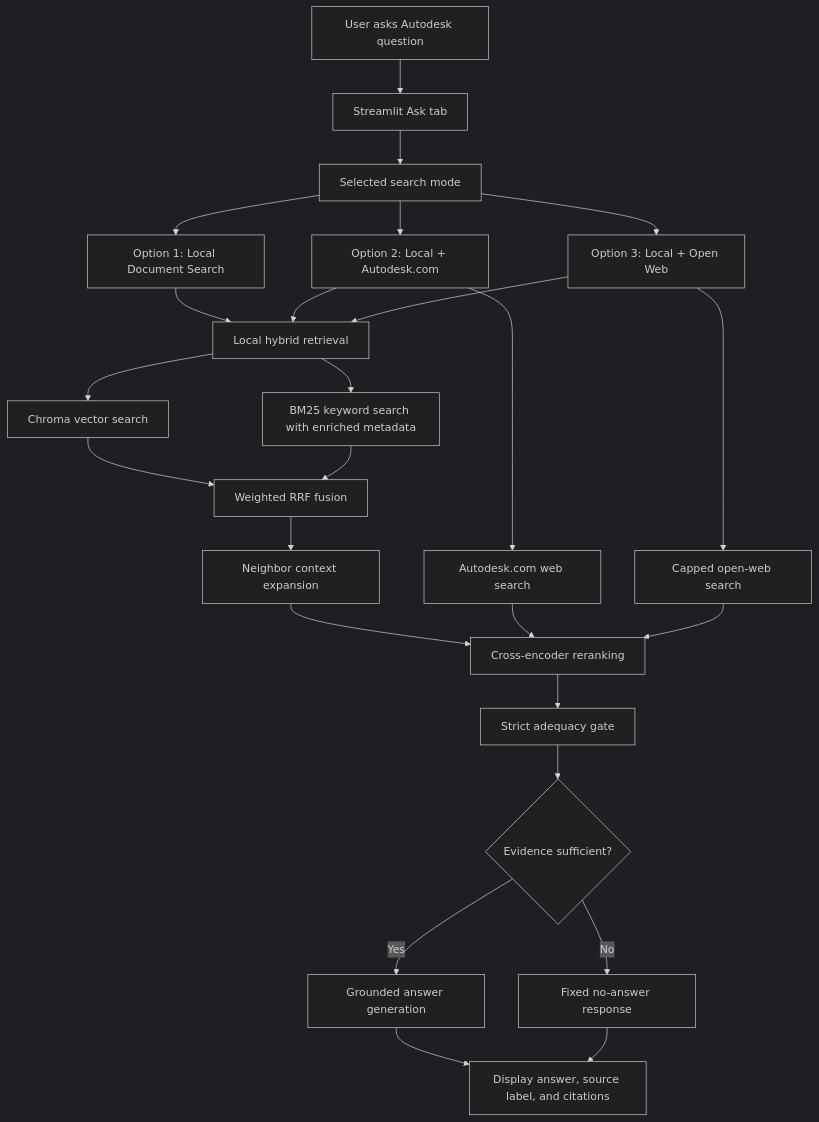
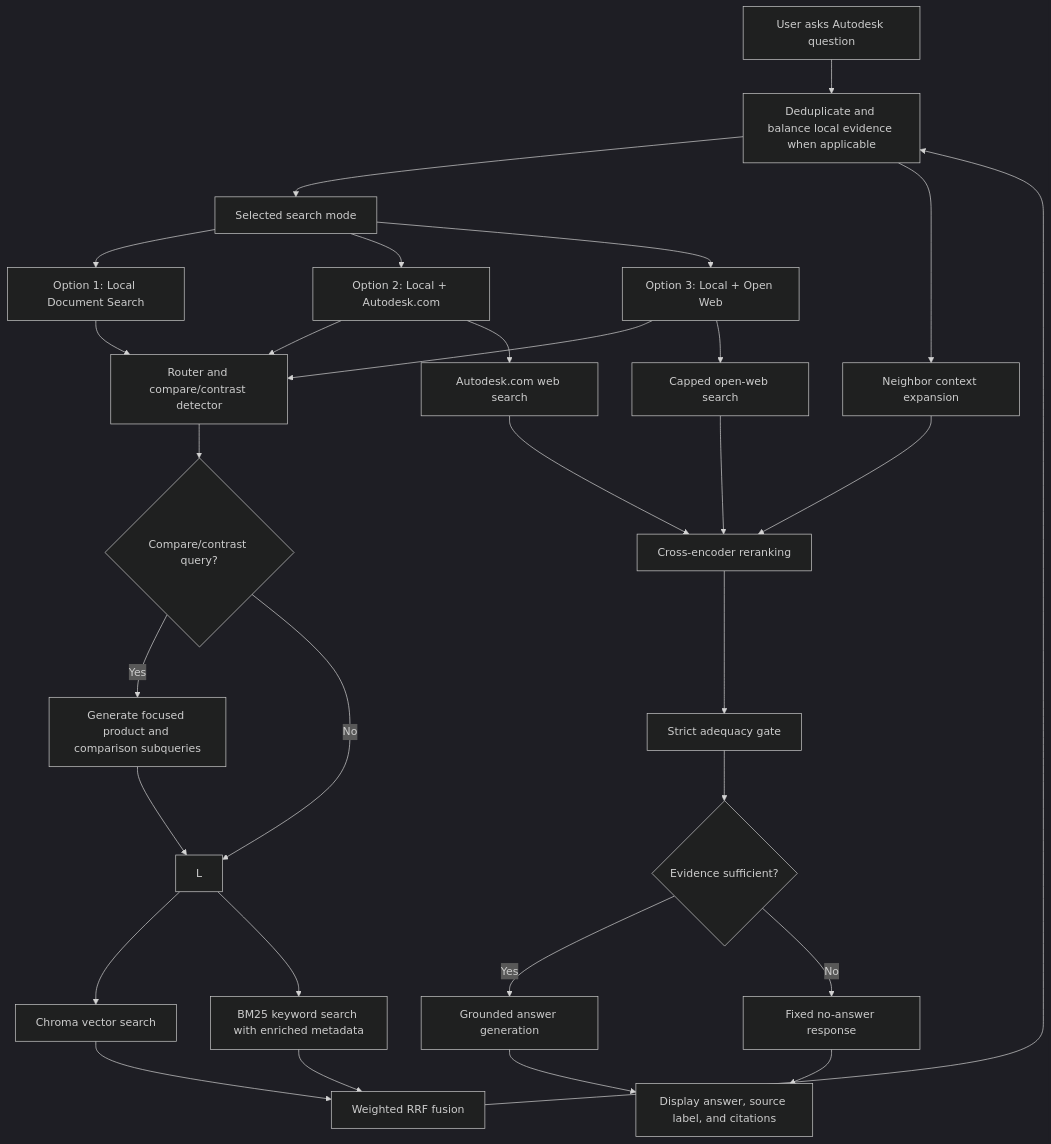
Before and after one commit to helsharif/autodesk-rag-app: the first of 2 diagrams in FLOW_LOGIC.md, drawn with Mermaid (dark theme). The commit also changed other lines of this file and 6 other files, not shown here.

Commit message:
Improve compare retrieval routing

````diff
--- a/FLOW_LOGIC.md
+++ b/FLOW_LOGIC.md
@@ -528,32 +564,38 @@
 ```mermaid
 flowchart TD
     A["User asks Autodesk question"] --> B["Streamlit Ask tab"]
     B --> C["Selected search mode"]
 
     C --> O1["Option 1: Local Document Search"]
     C --> O2["Option 2: Local + Autodesk.com"]
     C --> O3["Option 3: Local + Open Web"]
 
-    O1 --> L["Local hybrid retrieval"]
-    O2 --> L
-    O3 --> L
+    O1 --> P["Router and compare/contrast detector"]
+    O2 --> P
+    O3 --> P
+
+    P --> Cmp{"Compare/contrast query?"}
+    Cmp -->|Yes| SQ["Generate focused product and comparison subqueries"]
+    Cmp -->|No| L
+    SQ --> L
 
     L --> V["Chroma vector search"]
     L --> K["BM25 keyword search with enriched metadata"]
     V --> F["Weighted RRF fusion"]
     K --> F
-    F --> N["Neighbor context expansion"]
+    F --> B["Deduplicate and balance local evidence when applicable"]
+    B --> N["Neighbor context expansion"]
 
     O2 --> W2["Autodesk.com web search"]
     O3 --> W3["Capped open-web search"]
     N --> R["Cross-encoder reranking"]
     W2 --> R
     W3 --> R
 
     R --> G["Strict adequacy gate"]
     G --> D{"Evidence sufficient?"}
     D -->|Yes| E["Grounded answer generation"]
     D -->|No| X["Fixed no-answer response"]
     E --> S["Display answer, source label, and citations"]
     X --> S
 ```
````
